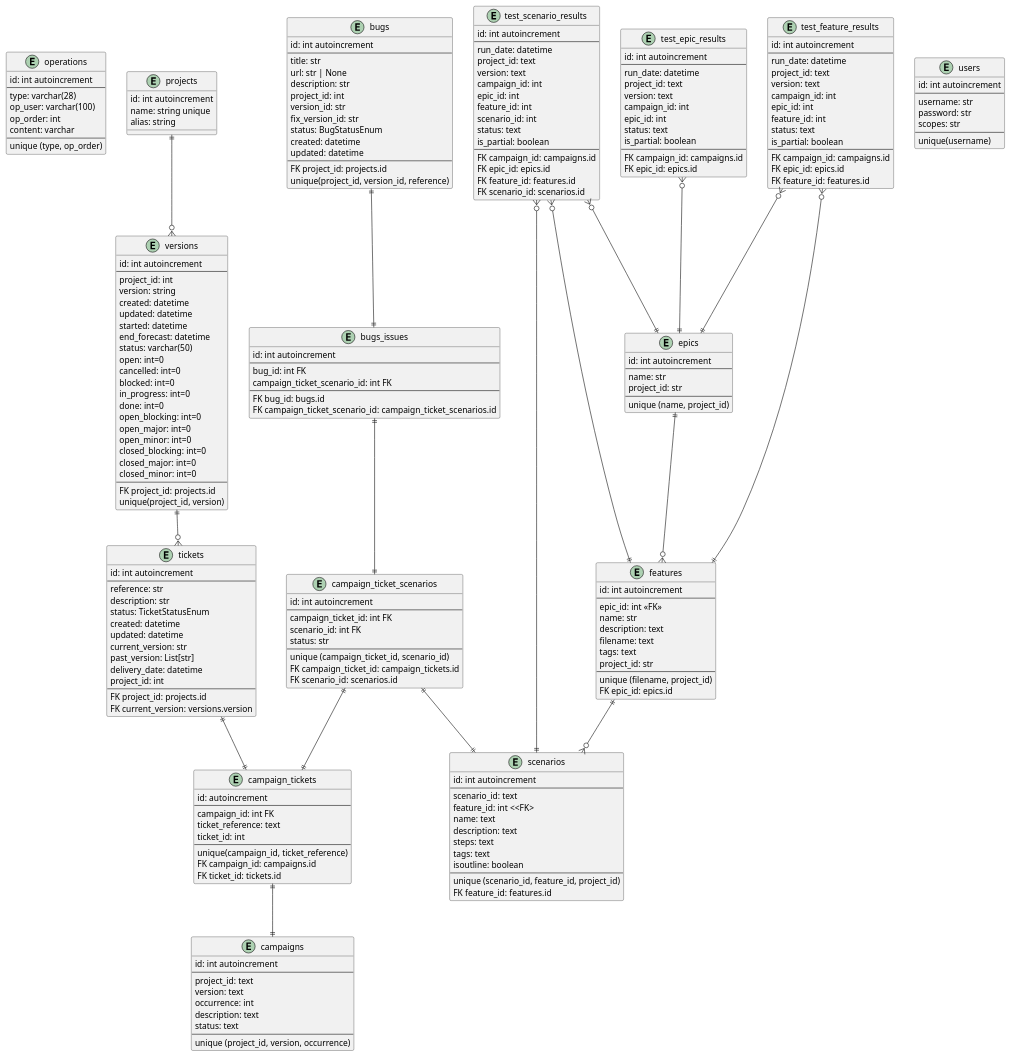
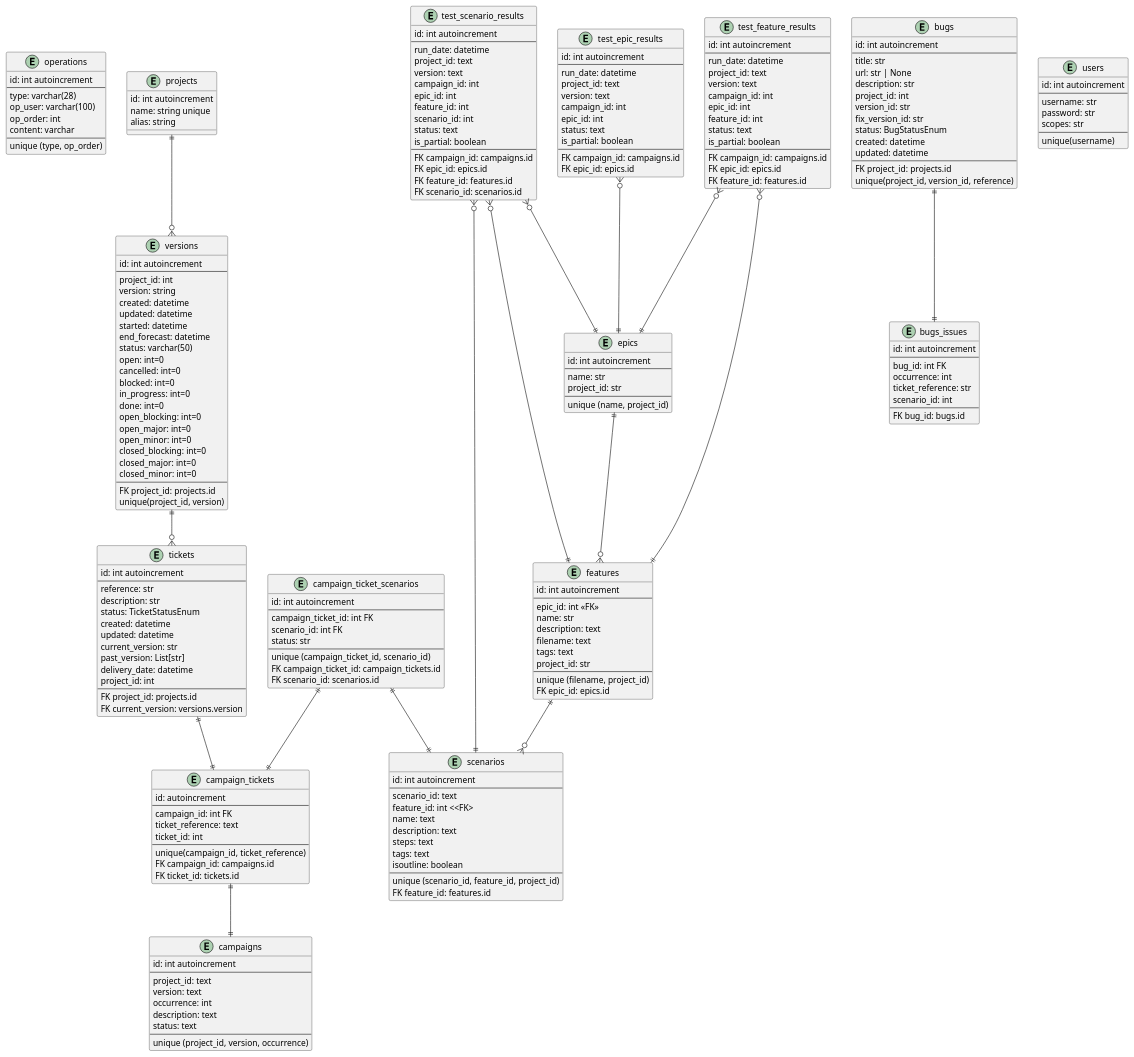
The diagram in documentation/sql_db.puml (Hidden-goblin/eaidashboard), drawn with PlantUML before and after one commit. The commit also changed 11 other files, not shown here.

Commit message:
Start working on 3.9: Bug linked to ticket-scenario * REST API - Linking done on create * FRONT - Move the create/update bug form from inline to dialog

```diff
--- a/documentation/sql_db.puml
+++ b/documentation/sql_db.puml
@@ -242,15 +242,17 @@
 id: int autoincrement
 ---
 bug_id: int FK
-campaign_ticket_scenario_id: int FK
+occurrence: int
+ticket_reference: str
+scenario_id: int
 ---
 FK bug_id: bugs.id
-FK campaign_ticket_scenario_id: campaign_ticket_scenarios.id
+' Managing as light relationship
+'FK campaign_ticket_scenario_id: campaign_ticket_scenarios.id
 }
 
 ' one bug to many issues, one issue to many bugs
 bugs ||--|| bugs_issues
-bugs_issues ||--|| campaign_ticket_scenarios
 
 projects ||--o{ versions
 versions ||--o{ tickets
```
